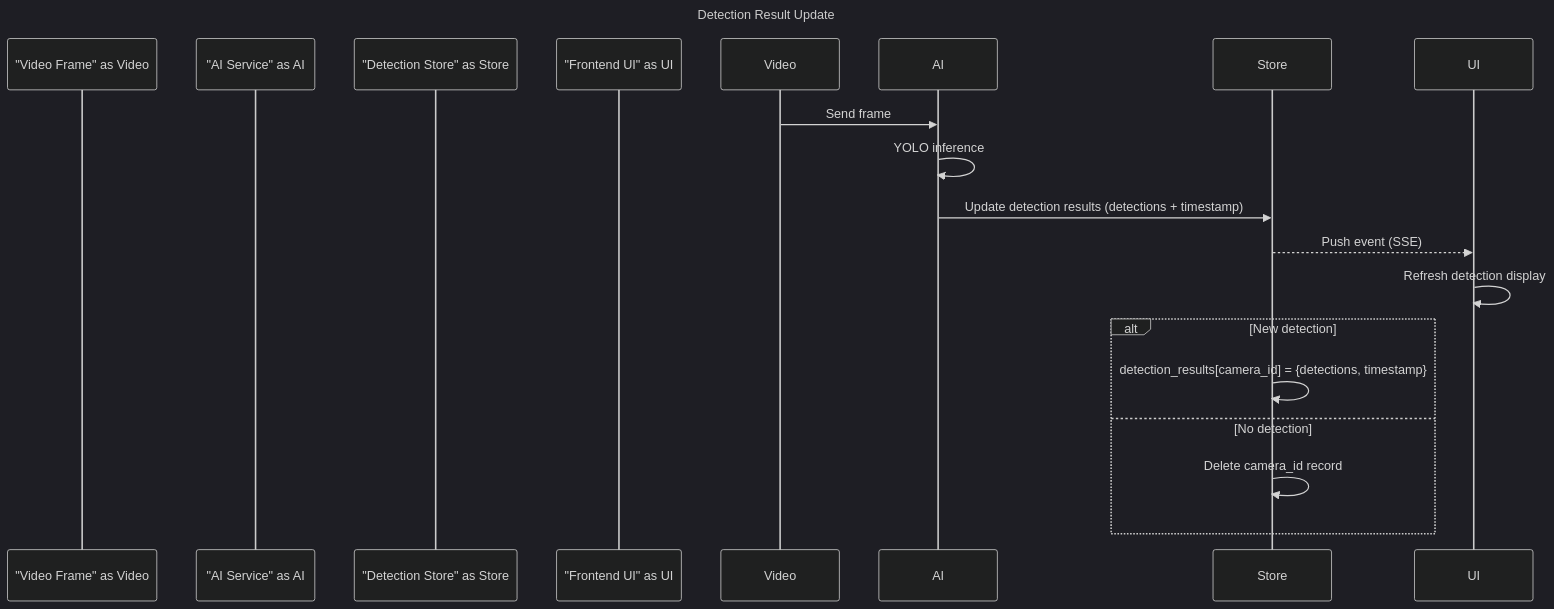
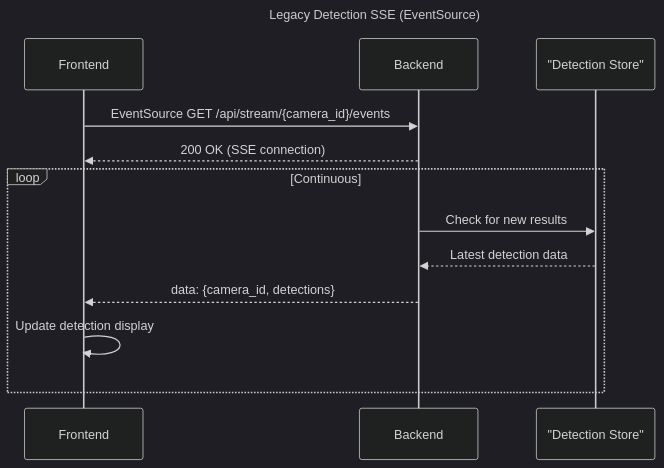
One commit to yaweiyang-sz/EASYAI changed the seventh of 16 diagrams in design/03-sequence-diagrams.md. Above: the diagram before and after it, drawn with Mermaid (dark theme). The commit also changed other lines of this file and 3 other files, not shown here.

````diff
--- a/design/03-sequence-diagrams.md
+++ b/design/03-sequence-diagrams.md
@@ -117,20 +168,17 @@
 ```mermaid
 sequenceDiagram
-    title Detection Result Update
-    participant "Video Frame" as Video
-    participant "AI Service" as AI
-    participant "Detection Store" as Store
-    participant "Frontend UI" as UI
+    title Legacy Detection SSE (EventSource)
+    participant Frontend
+    participant Backend
+    participant "Detection Store"
 
-    Video->>AI: Send frame
-    AI->>AI: YOLO inference
-    AI->>Store: Update detection results (detections + timestamp)
-    Store-->>UI: Push event (SSE)
-    UI->>UI: Refresh detection display
+    Frontend->>Backend: EventSource GET /api/stream/{camera_id}/events
+    Backend-->>Frontend: 200 OK (SSE connection)
 
-    alt New detection
-        Store->>Store: detection_results[camera_id] = {detections, timestamp}
-    else No detection
-        Store->>Store: Delete camera_id record
+    loop Continuous
+        Backend->>"Detection Store": Check for new results
+        "Detection Store"-->>Backend: Latest detection data
+        Backend-->>Frontend: data: {camera_id, detections}
+        Frontend->>Frontend: Update detection display
     end
 ```
````
